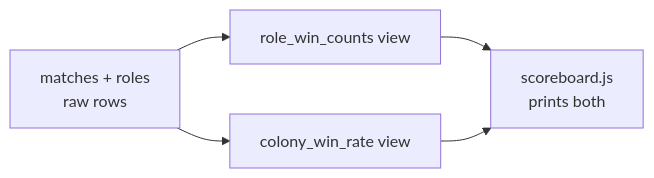
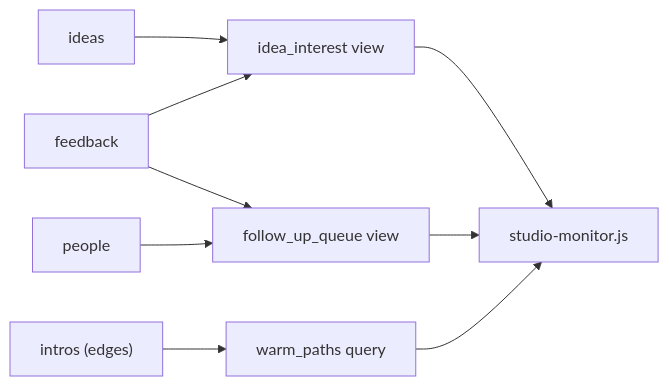
The diagram in apps/marketplace/content/tutorials/relational-databases-and-graphs/04-building-the-monitor.md (AutoNateAI/roblox-gamelab-2), drawn with Mermaid before and after one commit. The commit also changed other lines of this file and 130 other files, not shown here.

````diff
--- a/apps/marketplace/content/tutorials/relational-databases-and-graphs/04-building-the-monitor.md
+++ b/apps/marketplace/content/tutorials/relational-databases-and-graphs/04-building-the-monitor.md
@@ -57,7 +118,11 @@
 ```mermaid
 flowchart LR
-  Raw["matches + roles<br/>raw rows"] --> V1["role_win_counts view"]
-  Raw --> V2["colony_win_rate view"]
-  V1 --> M["scoreboard.js<br/>prints both"]
+  P["people"] --> V2["follow_up_queue view"]
+  F["feedback"] --> V1["idea_interest view"]
+  F --> V2
+  I["ideas"] --> V1
+  X["intros (edges)"] --> V3["warm_paths query"]
+  V1 --> M["studio-monitor.js"]
   V2 --> M
+  V3 --> M
 ```
````
